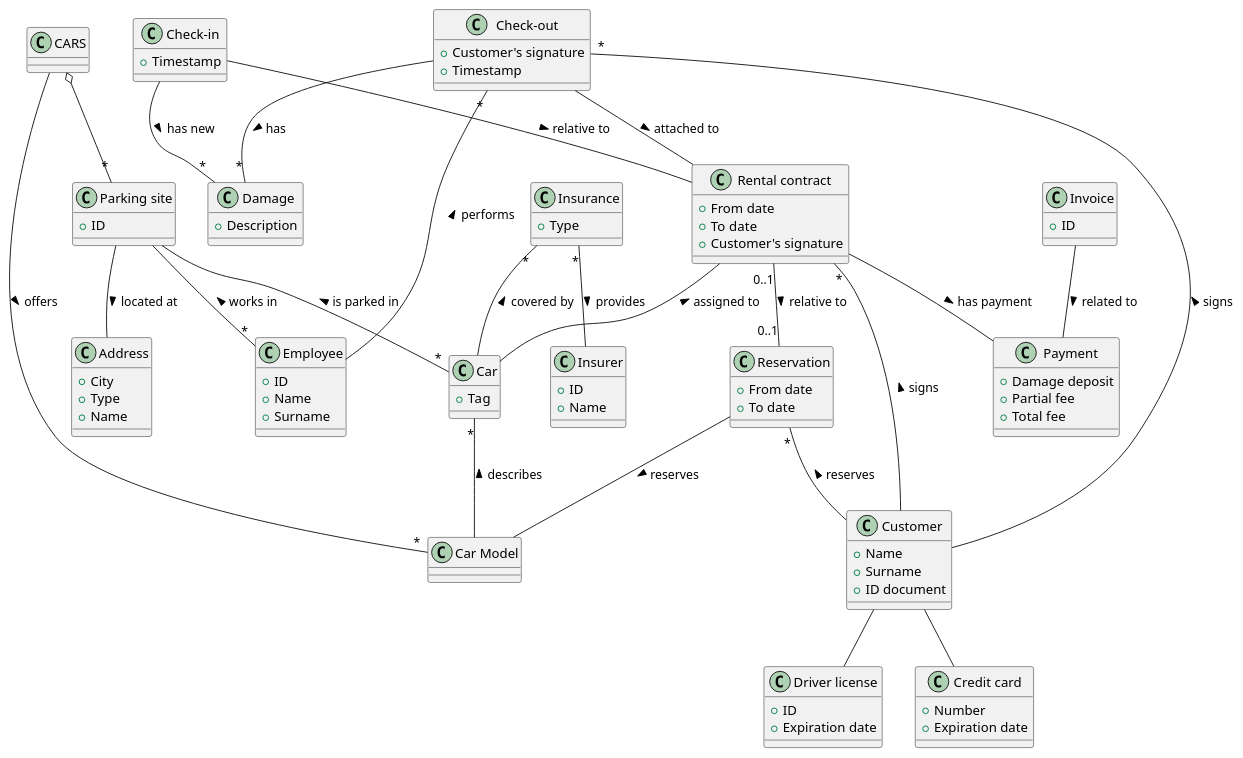
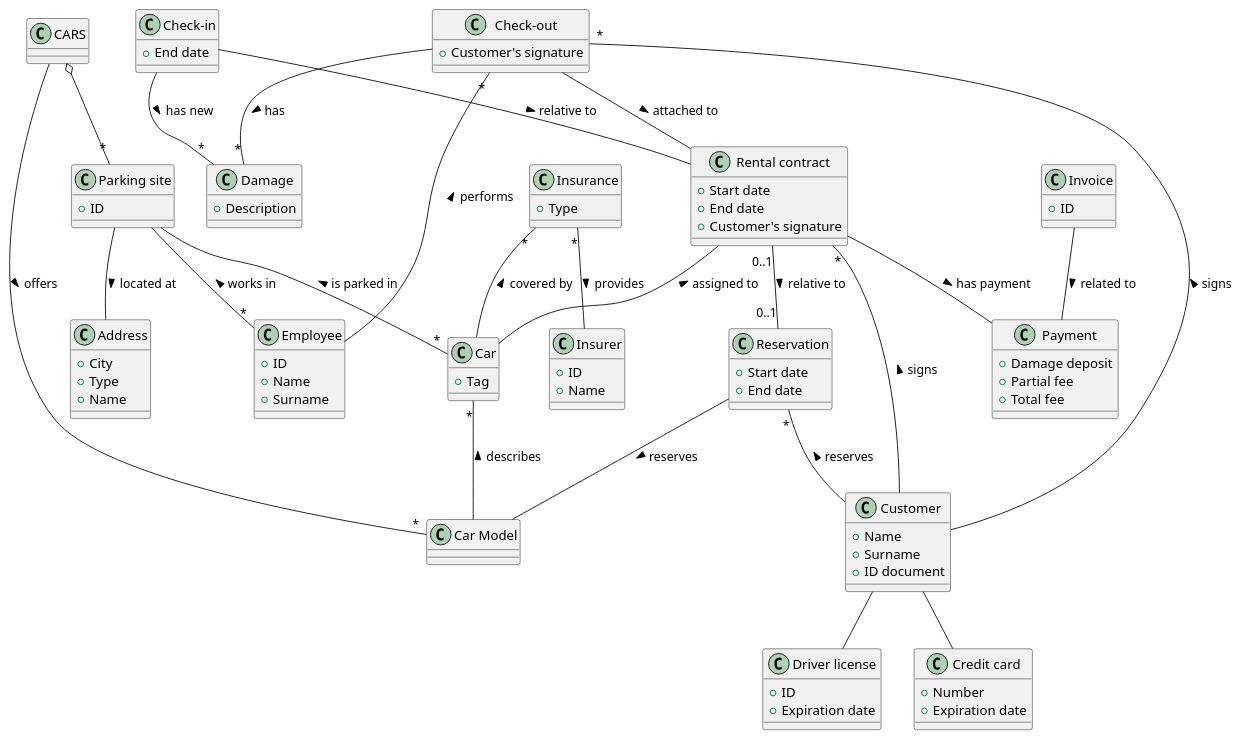
One commit to franco-ruggeri/polito-information-systems changed the diagram in car_rental.md. Above: the diagram before and after it, drawn with PlantUML.

Commit message:
Minor fixes in lab 1 - car rental

```diff
--- a/car_rental.md
+++ b/car_rental.md
@@ -75,8 +75,8 @@
   class Reservation
   Reservation "*" -- Customer : reserves <
   Reservation -- CarModel : reserves >
-  Reservation : +From date
-  Reservation : +To date
+  Reservation : +Start date
+  Reservation : +End date
   
   ' Check-out - Part 1
   class "Rental contract" as RentalContract
@@ -85,8 +85,8 @@
   RentalContract "0..1" -- "0..1" Reservation : relative to >
   RentalContract -- Payment : has payment >
   RentalContract -- Car : assigned to <
-  RentalContract : +From date
-  RentalContract : +To date
+  RentalContract : +Start date
+  RentalContract : +End date
   RentalContract : +Customer's signature
   CreditCard : +Number
   CreditCard : +Expiration date
@@ -102,14 +102,13 @@
   Checkout "*" -- Customer : signs <
   Checkout "*" -- Employee : performs <
   Checkout : +Customer's signature
-  Checkout : +Timestamp
   Damage : +Description
   
   ' Check-in
   class "Check-in" as Checkin
   Checkin -- RentalContract : relative to >
   Checkin -- "*" Damage : has new >
-  Checkin : +Timestamp
+  Checkin : +End date
   
   ' Invoice
   class Invoice
```
